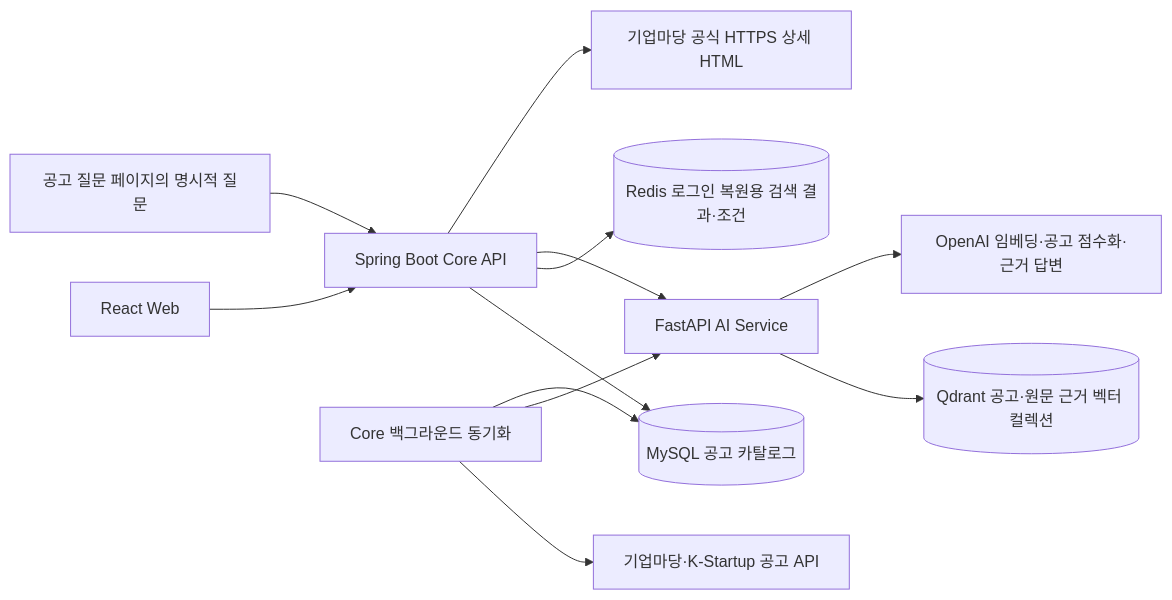
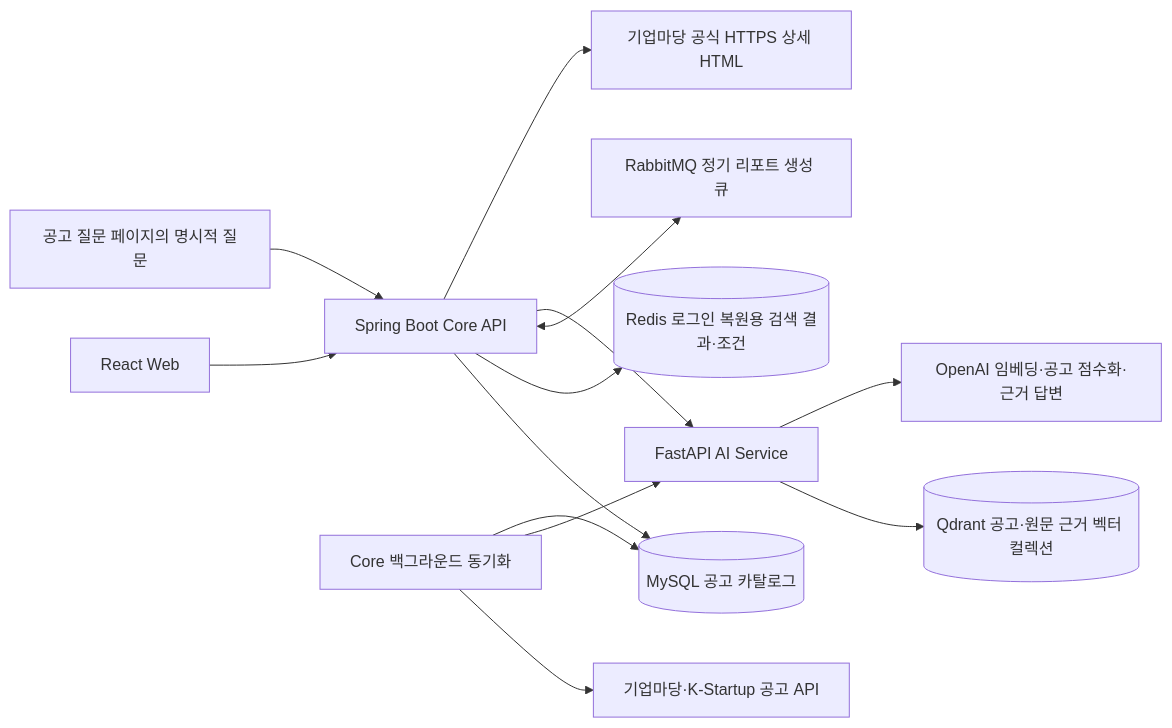
Before and after one commit to Genus-Jae/SKN34-3rd-1Team: the diagram in docs/architecture/README.md, drawn with Mermaid. The commit also changed other lines of this file and 35 other files, not shown here.

First line of the commit message:
정기 리포트 생성에 RabbitMQ와 트랜잭셔널 아웃박스 적용

````diff
--- a/docs/architecture/README.md
+++ b/docs/architecture/README.md
@@ -17,14 +17,15 @@
 ```mermaid
 flowchart LR
     Web[React Web] --> Core[Spring Boot Core API]
     Core --> DB[(MySQL 공고 카탈로그)]
     Core --> Redis[(Redis 로그인 복원용 검색 결과·조건)]
+    Core <--> RabbitMQ[RabbitMQ 정기 리포트 생성 큐]
     Core --> AI[FastAPI AI Service]
     AI --> Vector[(Qdrant 공고·원문 근거 벡터 컬렉션)]
     AI --> OpenAI[OpenAI 임베딩·공고 점수화·근거 답변]
     Sync[Core 백그라운드 동기화] --> Source[기업마당·K-Startup 공고 API]
     Sync --> AI
     Sync --> DB
     EvidenceQuestion[공고 질문 페이지의 명시적 질문] --> Core
     Core --> DetailSource[기업마당 공식 HTTPS 상세 HTML]
 ```
````
